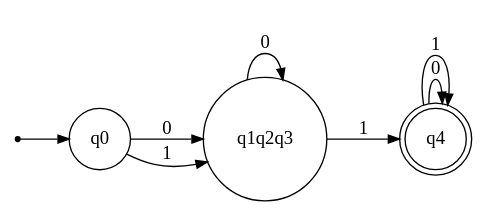
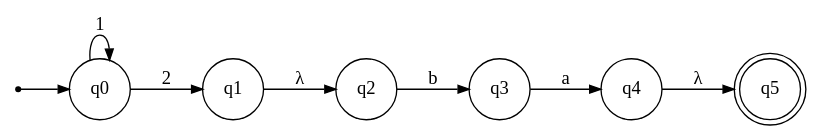
The diagram in Digraph.gv (iMahdiGhazavi/TLA4012-Midterm-Project), drawn with Graphviz before and after one commit. The commit also changed 10 other files, not shown here.

```diff
--- a/Digraph.gv
+++ b/Digraph.gv
@@ -1,15 +1,18 @@
 digraph {
 	ranksep=0.5 size="(8, 8)"
 	rankdir=LR
 	Initial [label="" fontsize=14.0 shape=point]
 	q0 [fontsize=14.0 shape=circle]
-	q1q2q3 [fontsize=14.0 shape=circle]
-	q4 [fontsize=14.0 shape=doublecircle]
+	q1 [fontsize=14.0 shape=circle]
+	q2 [fontsize=14.0 shape=circle]
+	q3 [fontsize=14.0 shape=circle]
+	q4 [fontsize=14.0 shape=circle]
+	q5 [fontsize=14.0 shape=doublecircle]
 	Initial -> q0 [arrowsize=0.85]
-	q0 -> q1q2q3 [label=" 0 " arrowsize=0.85 fontsize=14.0]
-	q0 -> q1q2q3 [label=" 1 " arrowsize=0.85 fontsize=14.0]
-	q1q2q3 -> q1q2q3 [label=" 0 " arrowsize=0.85 fontsize=14.0]
-	q1q2q3 -> q4 [label=" 1 " arrowsize=0.85 fontsize=14.0]
-	q4 -> q4 [label=" 0 " arrowsize=0.85 fontsize=14.0]
-	q4 -> q4 [label=" 1 " arrowsize=0.85 fontsize=14.0]
+	q0 -> q0 [label=" 1 " arrowsize=0.85 fontsize=14.0]
+	q0 -> q1 [label=" 2 " arrowsize=0.85 fontsize=14.0]
+	q1 -> q2 [label=" λ " arrowsize=0.85 fontsize=14.0]
+	q2 -> q3 [label=" b " arrowsize=0.85 fontsize=14.0]
+	q3 -> q4 [label=" a " arrowsize=0.85 fontsize=14.0]
+	q4 -> q5 [label=" λ " arrowsize=0.85 fontsize=14.0]
 }
```
